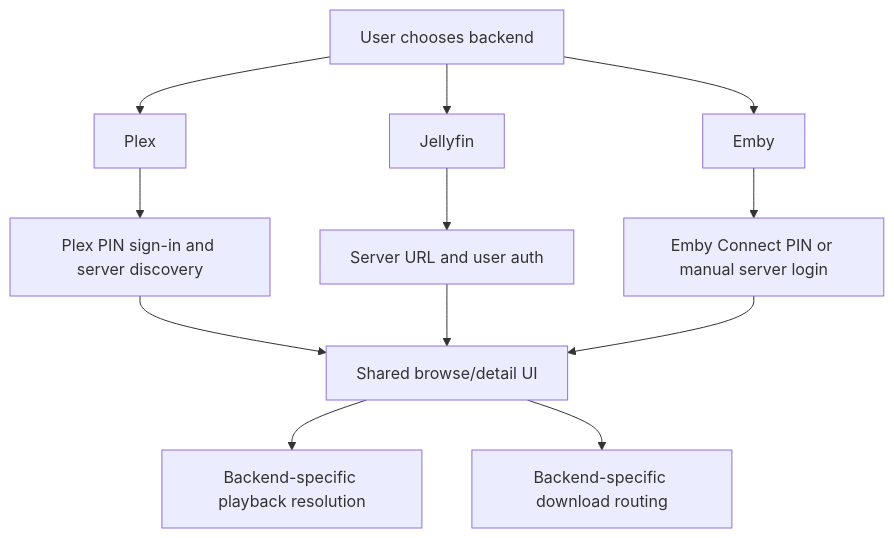
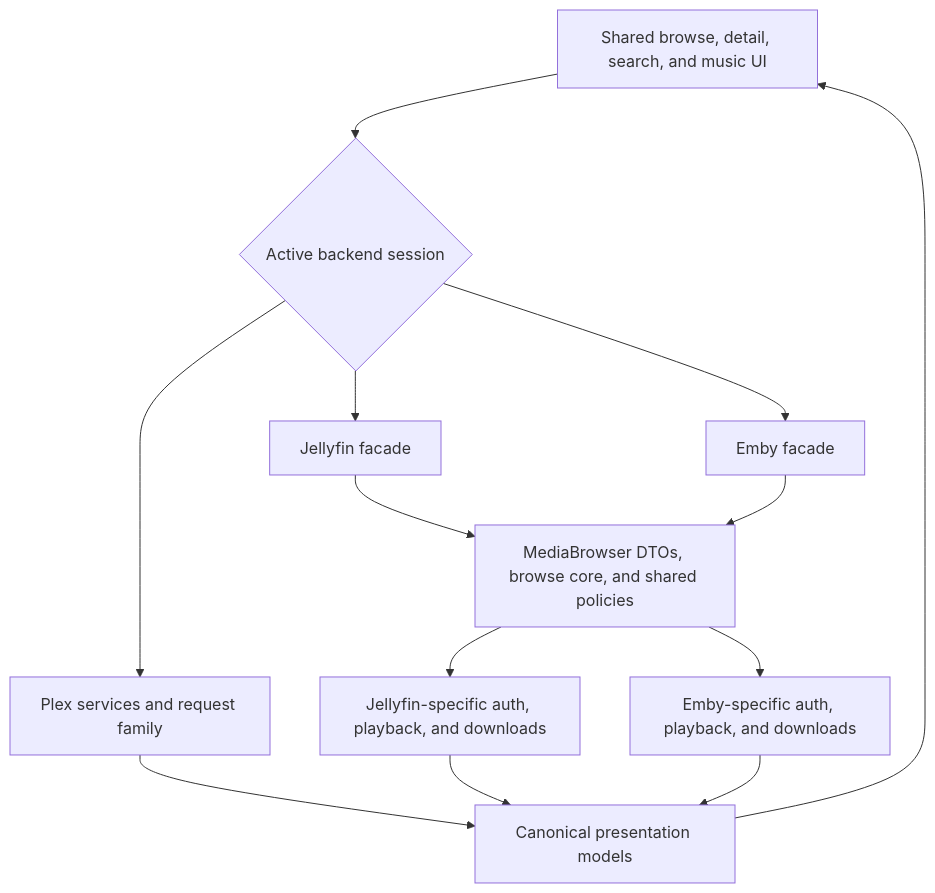
Before and after one commit to jlipworth/Labstream: the diagram in docs/BACKENDS.md, drawn with Mermaid. The commit also changed 44 other files, not shown here.

````diff
--- a/docs/BACKENDS.md
+++ b/docs/BACKENDS.md
@@ -7,14 +7,17 @@
 ```mermaid
 flowchart TD
-  Choice[User chooses backend] --> Plex[Plex]
-  Choice --> Jellyfin[Jellyfin]
-  Choice --> Emby[Emby]
-  Plex --> PlexAuth[Plex PIN sign-in and server discovery]
-  Jellyfin --> JFAuth[Server URL and user auth]
-  Emby --> EmbyAuth[Emby Connect PIN or manual server login]
-  PlexAuth --> Browse[Shared browse/detail UI]
-  JFAuth --> Browse
-  EmbyAuth --> Browse
-  Browse --> Playback[Backend-specific playback resolution]
-  Browse --> Downloads[Backend-specific download routing]
+  accTitle: Plex and MediaBrowser backend boundaries
+  accDescr: Shared app screens select either the separate Plex request family or thin Jellyfin and Emby facades. Jellyfin and Emby reuse a bounded MediaBrowser model and browse core, but retain separate authentication, playback, cleanup, and download wire behavior.
+  UI[Shared browse, detail, search, and music UI] --> Select{Active backend session}
+  Select --> Plex[Plex services and request family]
+  Select --> JF[Jellyfin facade]
+  Select --> Emby[Emby facade]
+  JF --> Shared[MediaBrowser DTOs, browse core, and shared policies]
+  Emby --> Shared
+  Shared --> JFWire[Jellyfin-specific auth, playback, and downloads]
+  Shared --> EmbyWire[Emby-specific auth, playback, and downloads]
+  Plex --> Canonical[Canonical presentation models]
+  JFWire --> Canonical
+  EmbyWire --> Canonical
+  Canonical --> UI
 ```
````
